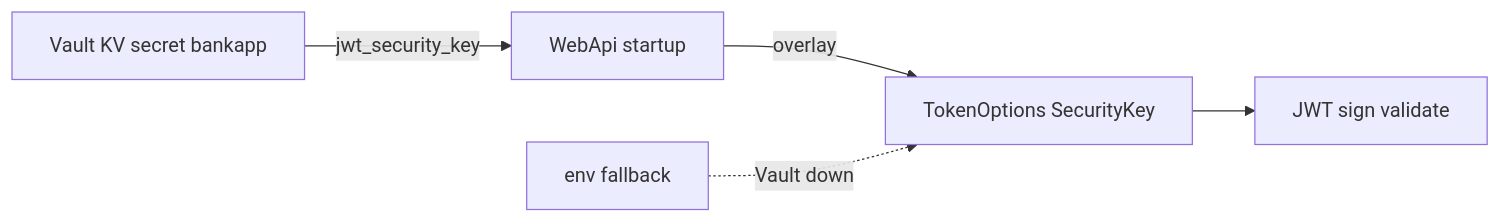
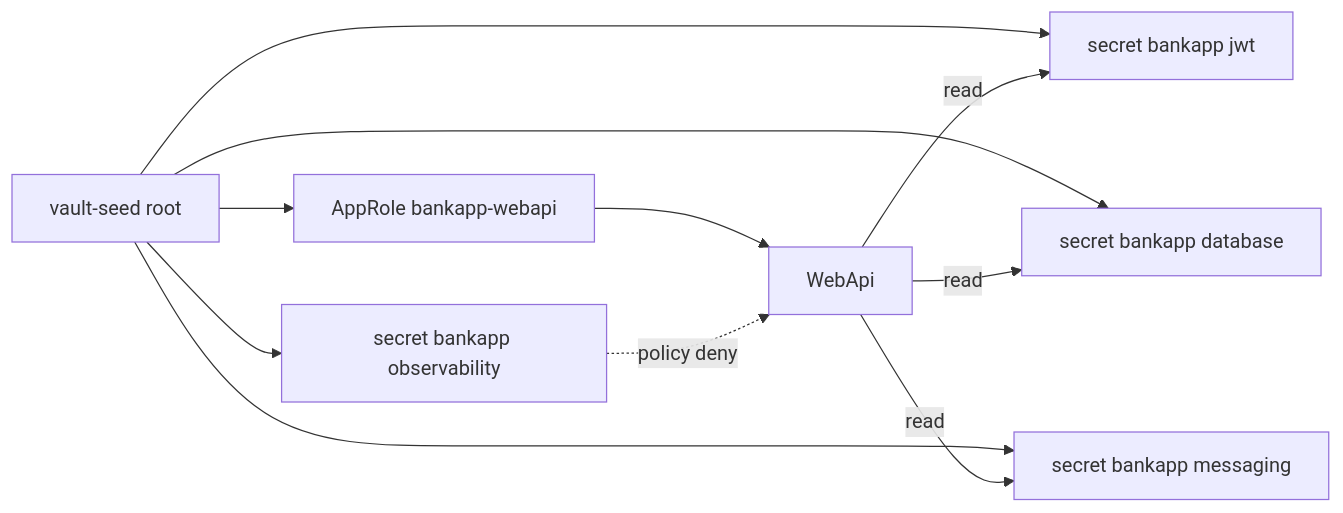
Before and after one commit to fdeniz07/BankApp: the first of 2 diagrams in docs/learning/en/19-vault-lab.md, drawn with Mermaid. The commit also changed other lines of this file and 6 other files, not shown here.

First line of the commit message:
doc: Document Vault AppRole and split KV paths

````diff
--- a/docs/learning/en/19-vault-lab.md
+++ b/docs/learning/en/19-vault-lab.md
@@ -14,7 +14,13 @@
 ```mermaid
 flowchart LR
-  V["Vault KV secret bankapp"] -->|"jwt_security_key"| W["WebApi startup"]
-  W -->|"overlay"| C["TokenOptions SecurityKey"]
-  C --> JWT["JWT sign validate"]
-  ENV["env fallback"] -.->|"Vault down"| C
+  seed["vault-seed root"] --> jwtPath["secret bankapp jwt"]
+  seed --> dbPath["secret bankapp database"]
+  seed --> mqPath["secret bankapp messaging"]
+  seed --> obsPath["secret bankapp observability"]
+  seed --> role["AppRole bankapp-webapi"]
+  role --> api["WebApi"]
+  api -->|"read"| jwtPath
+  api -->|"read"| dbPath
+  api -->|"read"| mqPath
+  obsPath -.->|"policy deny"| api
 ```
````
